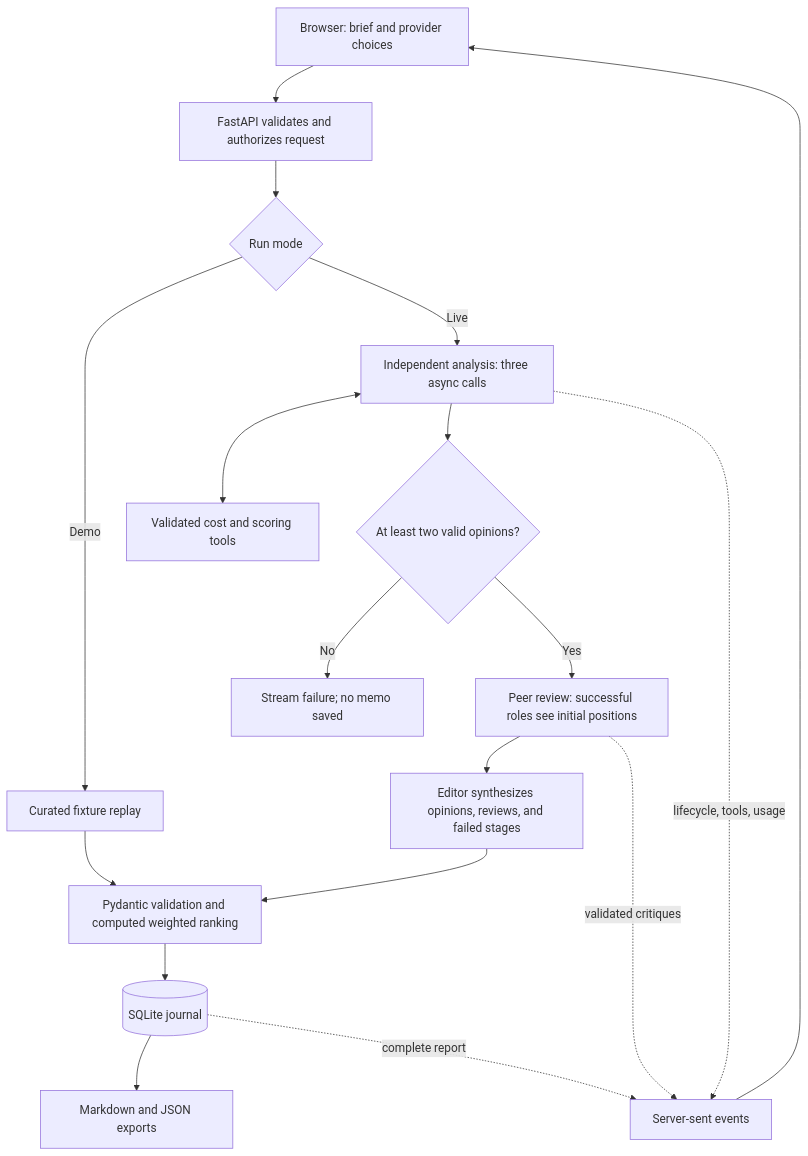
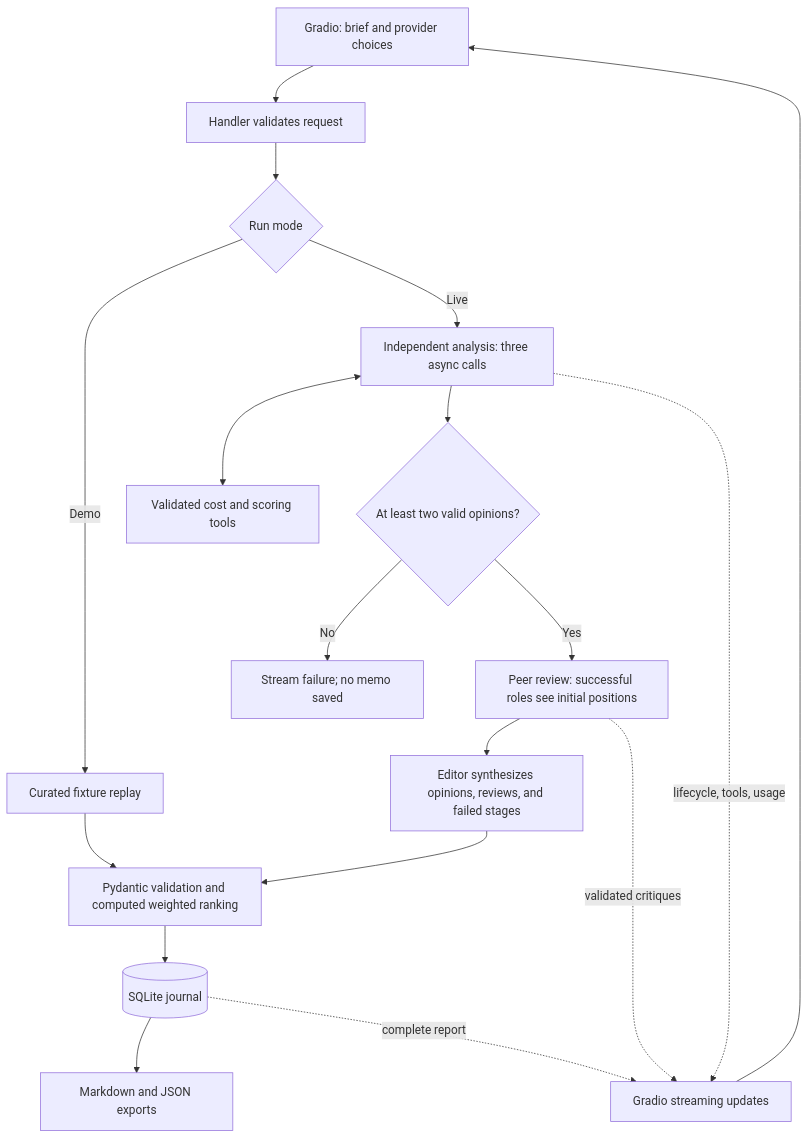
The diagram in docs/architecture.md (anilvarma-kav/ai-decision-room), drawn with Mermaid before and after one commit. The commit also changed other lines of this file and 16 other files, not shown here.

````diff
--- a/docs/architecture.md
+++ b/docs/architecture.md
@@ -5,20 +5,20 @@
 ```mermaid
 flowchart TD
-    UI[Browser: brief and provider choices] --> API[FastAPI validates and authorizes request]
-    API --> MODE{Run mode}
+    UI[Gradio: brief and provider choices] --> HANDLER[Handler validates request]
+    HANDLER --> MODE{Run mode}
     MODE -->|Demo| FIX[Curated fixture replay]
     MODE -->|Live| P[Independent analysis: three async calls]
     P <--> TOOLS[Validated cost and scoring tools]
     P --> Q{At least two valid opinions?}
     Q -->|No| FAIL[Stream failure; no memo saved]
     Q -->|Yes| R[Peer review: successful roles see initial positions]
     R --> J[Editor synthesizes opinions, reviews, and failed stages]
     J --> V[Pydantic validation and computed weighted ranking]
     FIX --> V
     V --> DB[(SQLite journal)]
     DB --> EXPORT[Markdown and JSON exports]
-    P -. lifecycle, tools, usage .-> SSE[Server-sent events]
-    R -. validated critiques .-> SSE
-    DB -. complete report .-> SSE
-    SSE --> UI
+    P -. lifecycle, tools, usage .-> STREAM[Gradio streaming updates]
+    R -. validated critiques .-> STREAM
+    DB -. complete report .-> STREAM
+    STREAM --> UI
 ```
````
